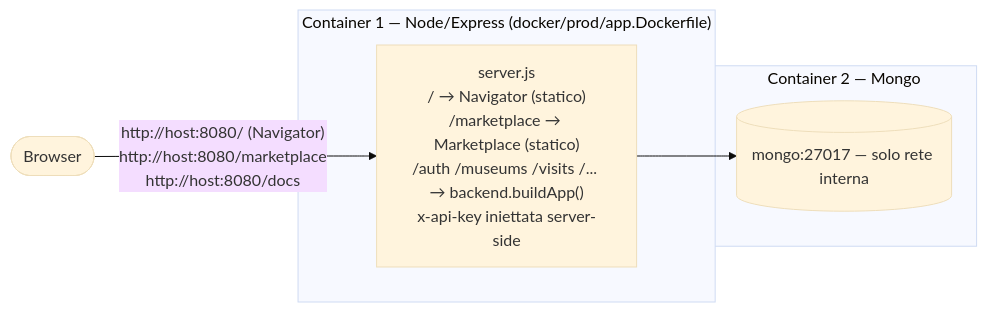
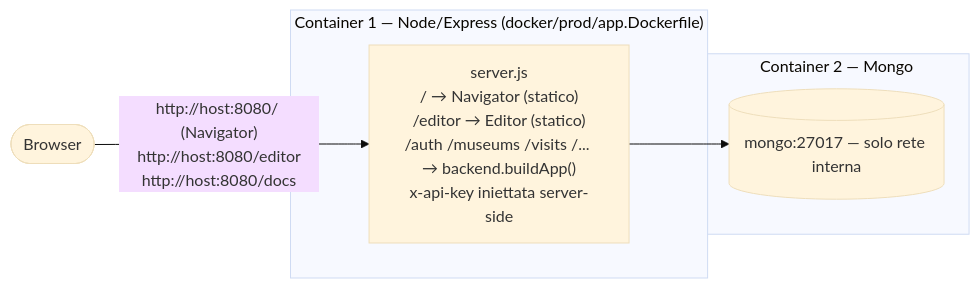
Before and after one commit to francescolenzini/artaround: the second of 2 diagrams in README.md, drawn with Mermaid (base theme). The commit also changed other lines of this file and 16 other files, not shown here.

````diff
--- a/README.md
+++ b/README.md
@@ -145,15 +145,15 @@
 ```mermaid
 flowchart LR
     Browser(["Browser"])
 
     subgraph C1["Container 1 — Node/Express (docker/prod/app.Dockerfile)"]
-        App["server.js\n/ → Navigator (statico)\n/marketplace → Marketplace (statico)\n/auth /museums /visits /... → backend.buildApp()\nx-api-key iniettata server-side"]
+        App["server.js\n/ → Navigator (statico)\n/editor → Editor (statico)\n/auth /museums /visits /... → backend.buildApp()\nx-api-key iniettata server-side"]
     end
 
     subgraph C2["Container 2 — Mongo"]
         Mongo[("mongo:27017 — solo rete interna")]
     end
 
-    Browser -- "http://host:8080/ (Navigator)\nhttp://host:8080/marketplace\nhttp://host:8080/docs" --> App
+    Browser -- "http://host:8080/ (Navigator)\nhttp://host:8080/editor\nhttp://host:8080/docs" --> App
     App --> Mongo
 ```
````
